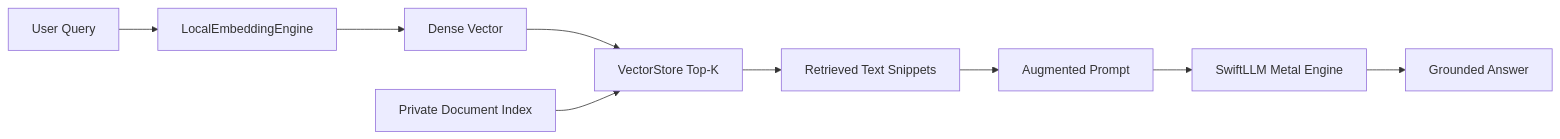
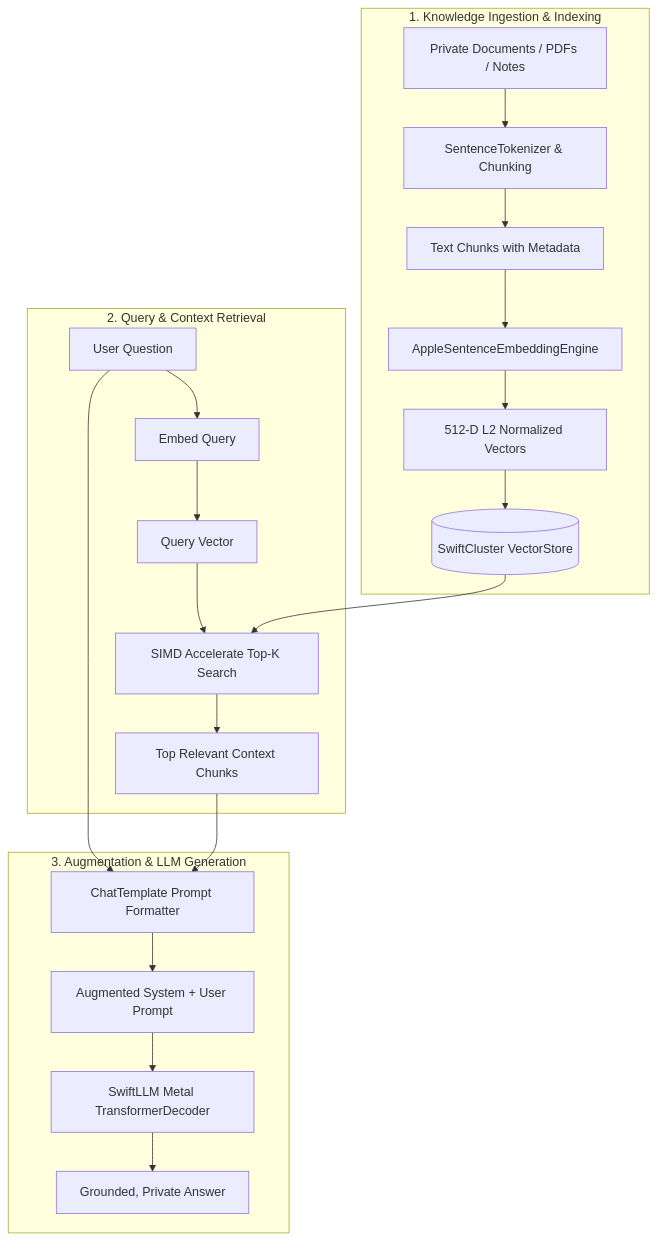
One commit to Nodibell/SwiftSci changed the diagram in Sources/SwiftAgent/SwiftAgent.docc/RAGAndContextAugmentation.md. Above: the diagram before and after it, drawn with Mermaid. The commit also changed other lines of this file and 6 other files, not shown here.

````diff
--- a/Sources/SwiftAgent/SwiftAgent.docc/RAGAndContextAugmentation.md
+++ b/Sources/SwiftAgent/SwiftAgent.docc/RAGAndContextAugmentation.md
@@ -9,11 +9,26 @@
 ```mermaid
-graph LR
-    Query[User Query] --> Embed[LocalEmbeddingEngine]
-    Embed --> Vec[Dense Vector]
-    Vec --> Search[VectorStore Top-K]
-    Docs[Private Document Index] --> Search
-    Search --> Chunks[Retrieved Text Snippets]
-    Chunks --> Prompt[Augmented Prompt]
-    Prompt --> LLM[SwiftLLM Metal Engine]
-    LLM --> Answer[Grounded Answer]
+graph TD
+    subgraph Ingestion["1. Knowledge Ingestion & Indexing"]
+        RawDocs[Private Documents / PDFs / Notes] --> Chunker[SentenceTokenizer & Chunking]
+        Chunker --> Chunks[Text Chunks with Metadata]
+        Chunks --> Embedder[AppleSentenceEmbeddingEngine]
+        Embedder --> Vectors[512-D L2 Normalized Vectors]
+        Vectors --> VStore[(SwiftCluster VectorStore)]
+    end
+
+    subgraph Retrieval["2. Query & Context Retrieval"]
+        UserQ[User Question] --> QEmbed[Embed Query]
+        QEmbed --> QVec[Query Vector]
+        QVec --> TopK[SIMD Accelerate Top-K Search]
+        VStore --> TopK
+        TopK --> RelevantChunks[Top Relevant Context Chunks]
+    end
+
+    subgraph Generation["3. Augmentation & LLM Generation"]
+        RelevantChunks --> PromptBuilder[ChatTemplate Prompt Formatter]
+        UserQ --> PromptBuilder
+        PromptBuilder --> AugmentedPrompt[Augmented System + User Prompt]
+        AugmentedPrompt --> LLM[SwiftLLM Metal TransformerDecoder]
+        LLM --> GroundedAnswer[Grounded, Private Answer]
+    end
 ```
````
